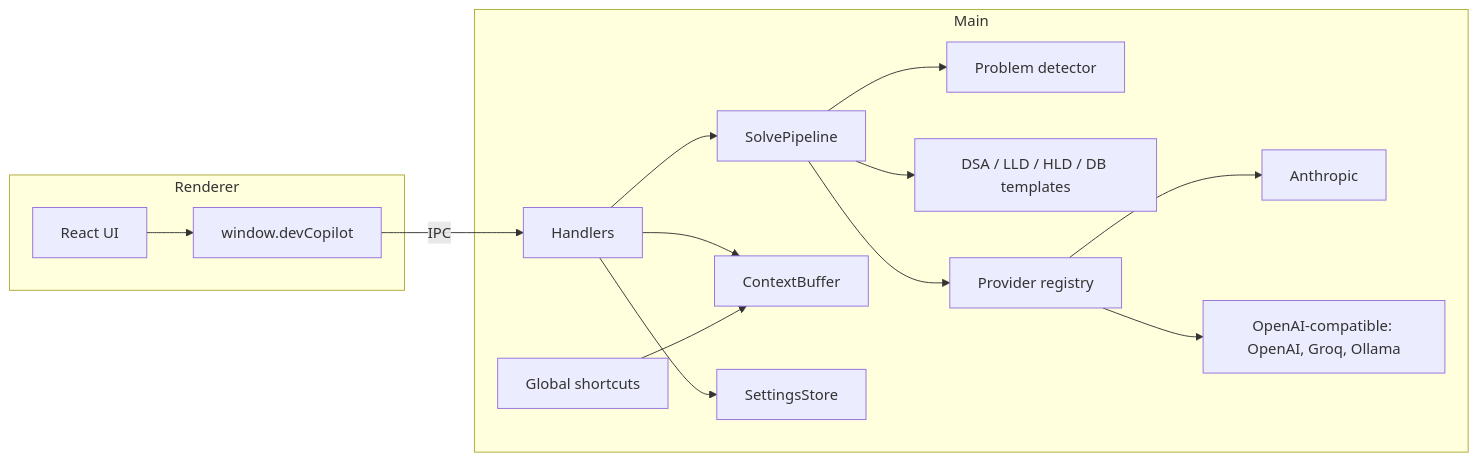
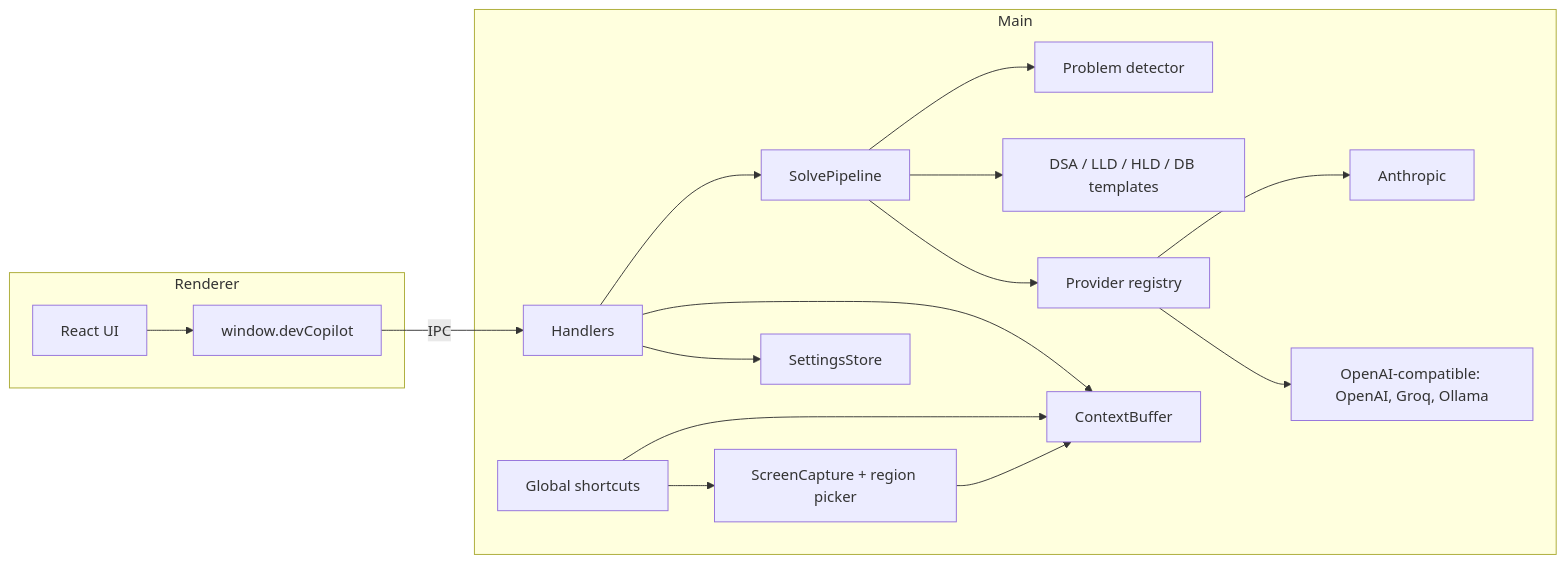
The diagram in README.md (abhimitharwal13/dev-copilot), drawn with Mermaid before and after one commit. The commit also changed other lines of this file and 25 other files, not shown here.

First line of the commit message:
Add screen region capture with a keyboard region picker

````diff
--- a/README.md
+++ b/README.md
@@ -89,18 +110,19 @@
 ```mermaid
 flowchart LR
   subgraph Renderer
     UI[React UI] --> Bridge[window.devCopilot]
   end
   Bridge -- IPC --> Handlers
   subgraph Main
     Handlers --> Pipeline[SolvePipeline]
     Handlers --> Buffer[ContextBuffer]
     Handlers --> Settings[SettingsStore]
     Shortcuts[Global shortcuts] --> Buffer
+    Shortcuts --> Capture[ScreenCapture + region picker] --> Buffer
     Pipeline --> Detector[Problem detector]
     Pipeline --> Templates[DSA / LLD / HLD / DB templates]
     Pipeline --> Registry[Provider registry]
     Registry --> Claude[Anthropic]
     Registry --> OAI[OpenAI-compatible: OpenAI, Groq, Ollama]
   end
 ```
````
